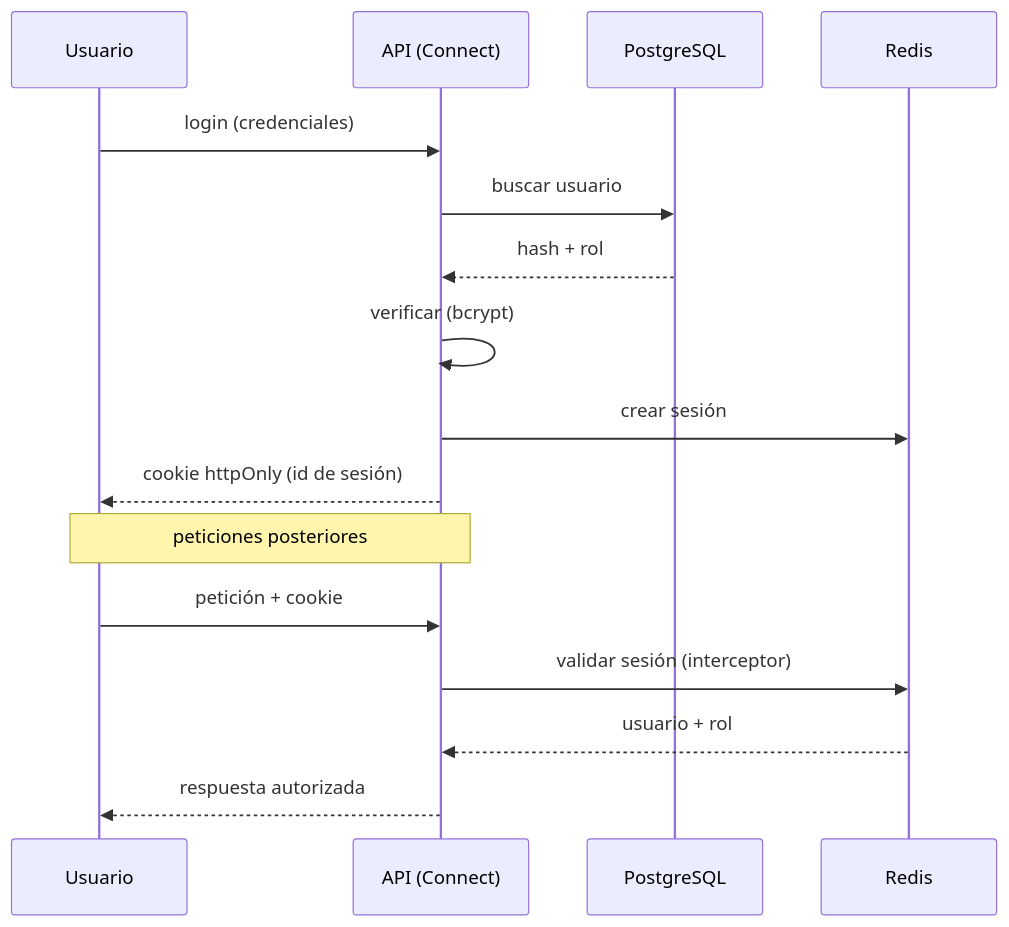
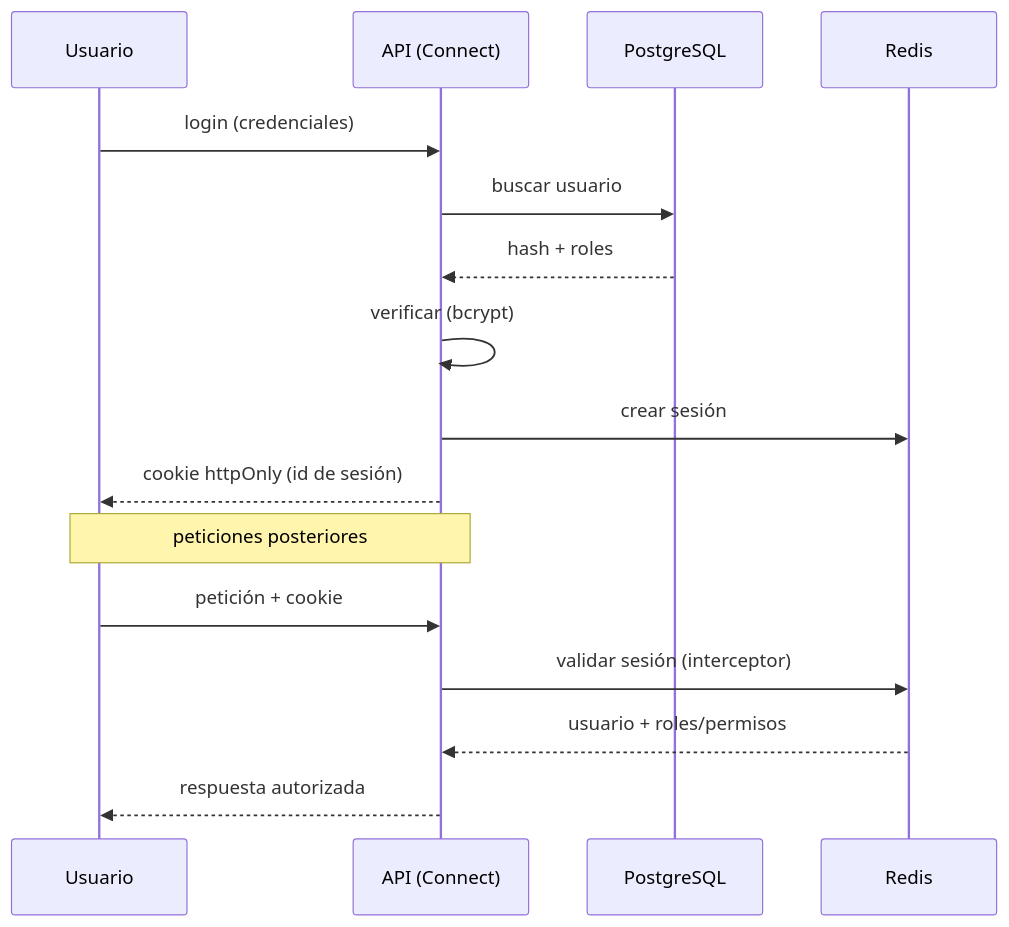
Before and after one commit to AlessandroRLM/infraestructura-y-servicios-cloud: the sixth of 10 diagrams in docs/arquitectura/README.md, drawn with Mermaid. The commit also changed other lines of this file, not shown here.

````diff
--- a/docs/arquitectura/README.md
+++ b/docs/arquitectura/README.md
@@ -423,20 +465,20 @@
 ```mermaid
 sequenceDiagram
     participant U as Usuario
     participant A as API (Connect)
     participant P as PostgreSQL
     participant R as Redis
 
     U->>A: login (credenciales)
     A->>P: buscar usuario
-    P-->>A: hash + rol
+    P-->>A: hash + roles
     A->>A: verificar (bcrypt)
     A->>R: crear sesión
     A-->>U: cookie httpOnly (id de sesión)
 
     Note over U,A: peticiones posteriores
     U->>A: petición + cookie
     A->>R: validar sesión (interceptor)
-    R-->>A: usuario + rol
+    R-->>A: usuario + roles/permisos
     A-->>U: respuesta autorizada
 ```
````
